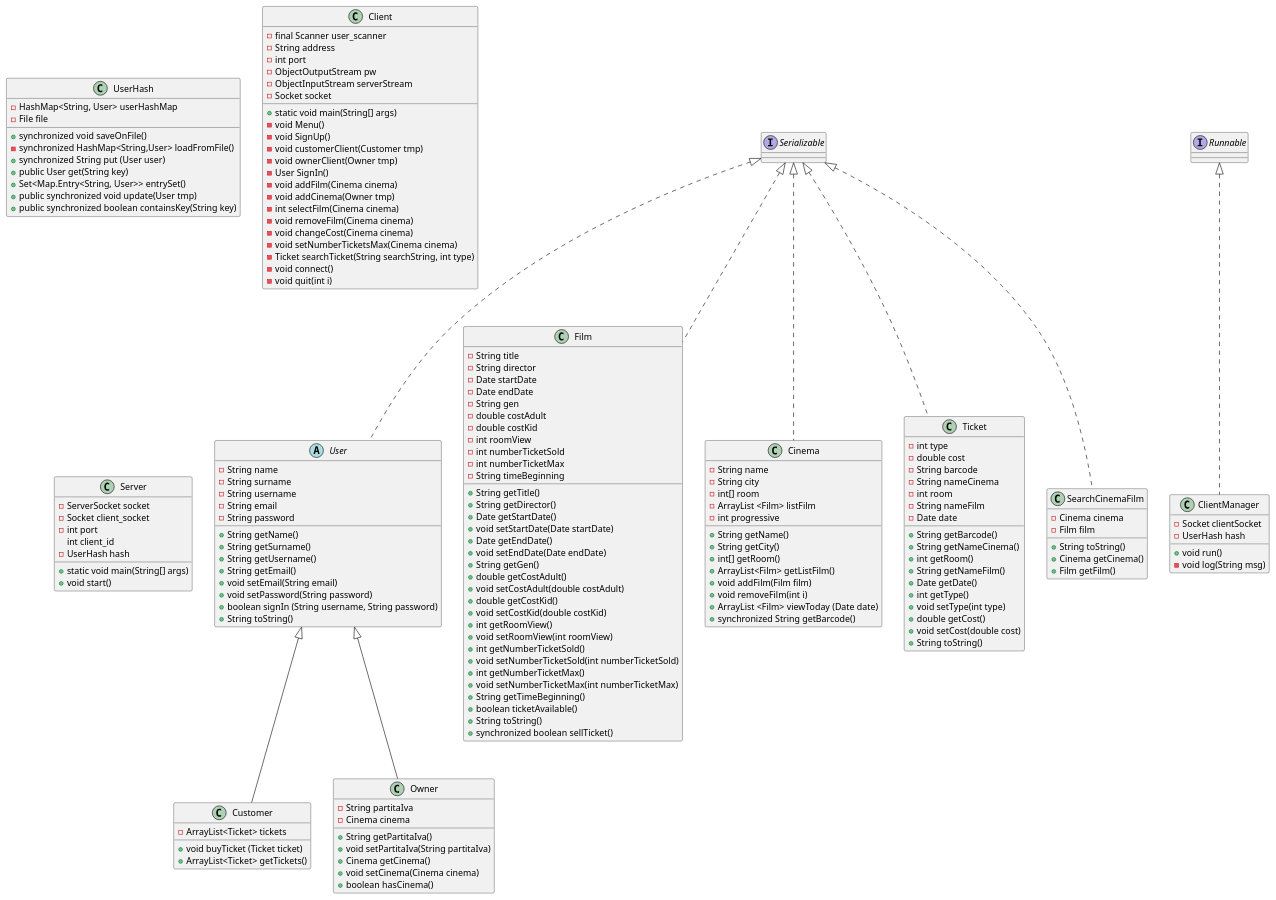
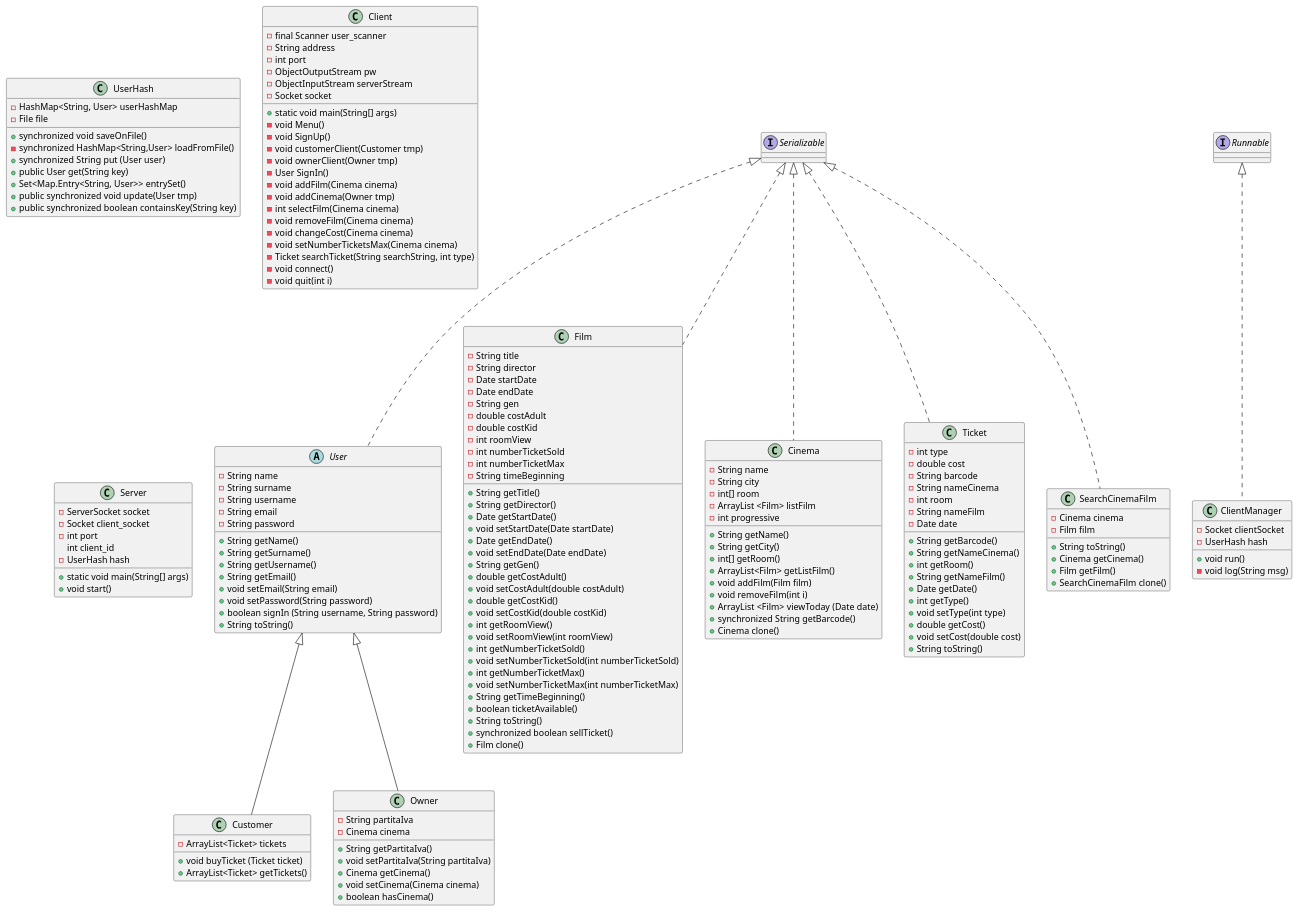
The diagram in src/diagram.plantuml (AntonioSpn/TicketsBook), drawn with PlantUML before and after one commit. The commit also changed 1 other file, not shown here.

Commit message:
diagramma

```diff
--- a/src/diagram.plantuml
+++ b/src/diagram.plantuml
@@ -1,162 +1,165 @@
 @startuml diagram
 abstract class User implements Serializable{
     -String name
     -String surname
     -String username
     -String email
     -String password
     +String getName()
     +String getSurname()     
     +String getUsername()   
     +String getEmail() 
     +void setEmail(String email) 
     +void setPassword(String password) 
     +boolean signIn (String username, String password)
     +String toString() 
 }
 
 class Customer extends User{
     -ArrayList<Ticket> tickets   
     +void buyTicket (Ticket ticket)
     +ArrayList<Ticket> getTickets()   
 }
 
 class Owner extends User{
     -String partitaIva
     -Cinema cinema
     +String getPartitaIva()
     +void setPartitaIva(String partitaIva)
     +Cinema getCinema()
     +void setCinema(Cinema cinema)
     +boolean hasCinema()
 }
 
 class Film implements Serializable{
     -String title
     -String director 
     -Date startDate 
     -Date endDate 
     -String gen 
     -double costAdult
     -double costKid
     -int roomView 
     -int numberTicketSold  
     -int numberTicketMax  
     -String timeBeginning  
     +String getTitle() 
     +String getDirector()
     +Date getStartDate()
     +void setStartDate(Date startDate) 
     +Date getEndDate() 
     +void setEndDate(Date endDate) 
     +String getGen() 
     +double getCostAdult()
     +void setCostAdult(double costAdult)
     +double getCostKid()       
     +void setCostKid(double costKid)
     +int getRoomView()
     +void setRoomView(int roomView) 
     +int getNumberTicketSold() 
     +void setNumberTicketSold(int numberTicketSold) 
     +int getNumberTicketMax() 
     +void setNumberTicketMax(int numberTicketMax) 
     +String getTimeBeginning()
     +boolean ticketAvailable()    
     +String toString() 
-    +synchronized boolean sellTicket()  
+    +synchronized boolean sellTicket()
+    +Film clone()
 }
 
 class Cinema implements Serializable{
     -String name
     -String city
     -int[] room 
     -ArrayList <Film> listFilm
     -int progressive
     +String getName()
     +String getCity()
     +int[] getRoom()
     +ArrayList<Film> getListFilm() 
     +void addFilm(Film film)
     +void removeFilm(int i)
     +ArrayList <Film> viewToday (Date date)
     +synchronized String getBarcode()
+    +Cinema clone()
 }
 
 class Ticket implements Serializable{
     -int type 
     -double cost
     -String barcode
     -String nameCinema
     -int room 
     -String nameFilm
     -Date date    
     +String getBarcode() 
     +String getNameCinema() 
     +int getRoom() 
     +String getNameFilm() 
     +Date getDate() 
     +int getType() 
     +void setType(int type)
     +double getCost() 
     +void setCost(double cost) 
     +String toString() 
 }
 
 class SearchCinemaFilm implements Serializable{
     -Cinema cinema
     -Film film
     +String toString()
     +Cinema getCinema() 
-    +Film getFilm()        
+    +Film getFilm()
+    +SearchCinemaFilm clone()      
 }
 
 class UserHash {
     -HashMap<String, User> userHashMap
     -File file
     +synchronized void saveOnFile() 
     -synchronized HashMap<String,User> loadFromFile() 
     +synchronized String put (User user)
     +public User get(String key)
     +Set<Map.Entry<String, User>> entrySet()
     +public synchronized void update(User tmp)
     +public synchronized boolean containsKey(String key)
 }
 class Client{
     -final Scanner user_scanner
     -String address
     -int port
     -ObjectOutputStream pw
     -ObjectInputStream serverStream
     -Socket socket
     +static void main(String[] args)
     -void Menu()
     -void SignUp()
     -void customerClient(Customer tmp)
     -void ownerClient(Owner tmp)
     -User SignIn()
     -void addFilm(Cinema cinema)
     -void addCinema(Owner tmp)
     -int selectFilm(Cinema cinema)
     -void removeFilm(Cinema cinema)
     -void changeCost(Cinema cinema)
     -void setNumberTicketsMax(Cinema cinema)
     -Ticket searchTicket(String searchString, int type)
     -void connect()
     -void quit(int i)
 }
 class Server{
     -ServerSocket socket
     -Socket client_socket
     -int port
     int client_id
     -UserHash hash
     +static void main(String[] args)
     +void start()
 }
 class ClientManager implements Runnable{
     -Socket clientSocket
     -UserHash hash
     +void run()
     -void log(String msg)
 }
 @enduml
```
